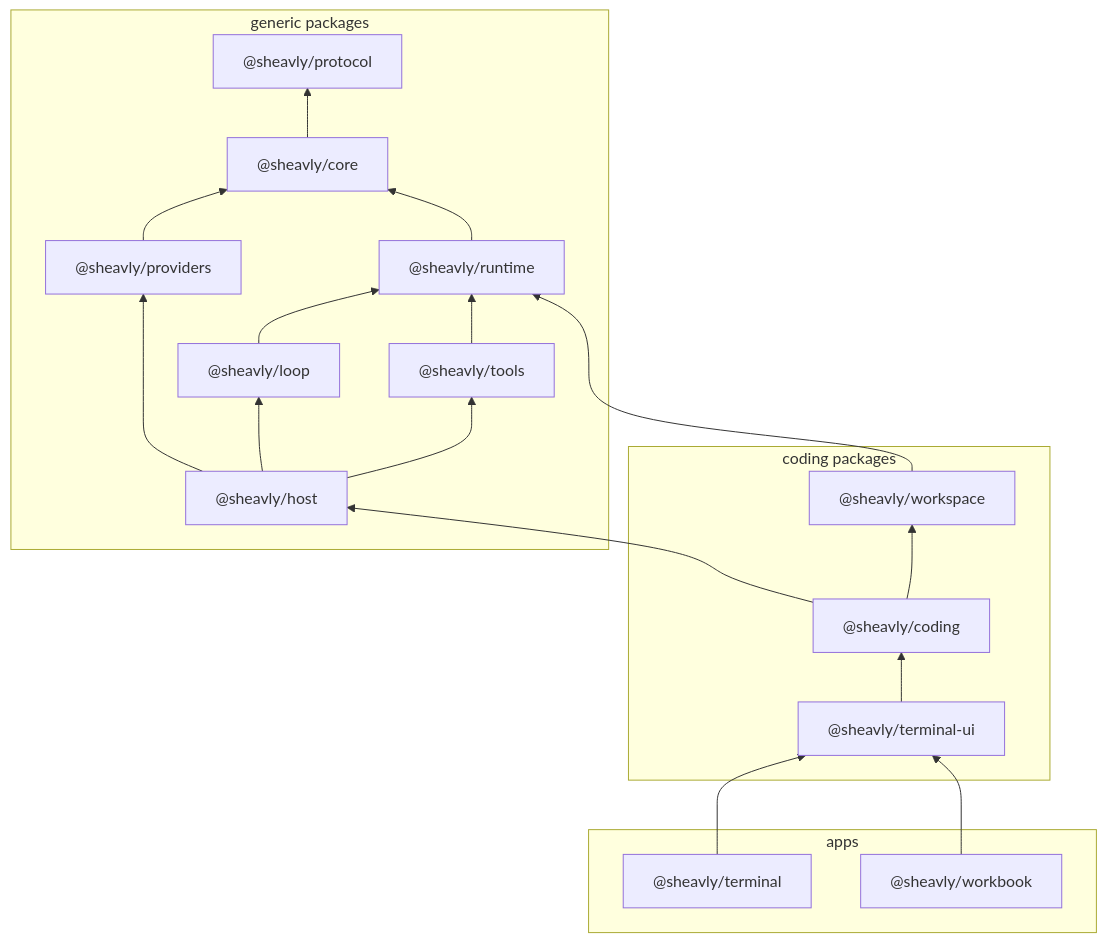
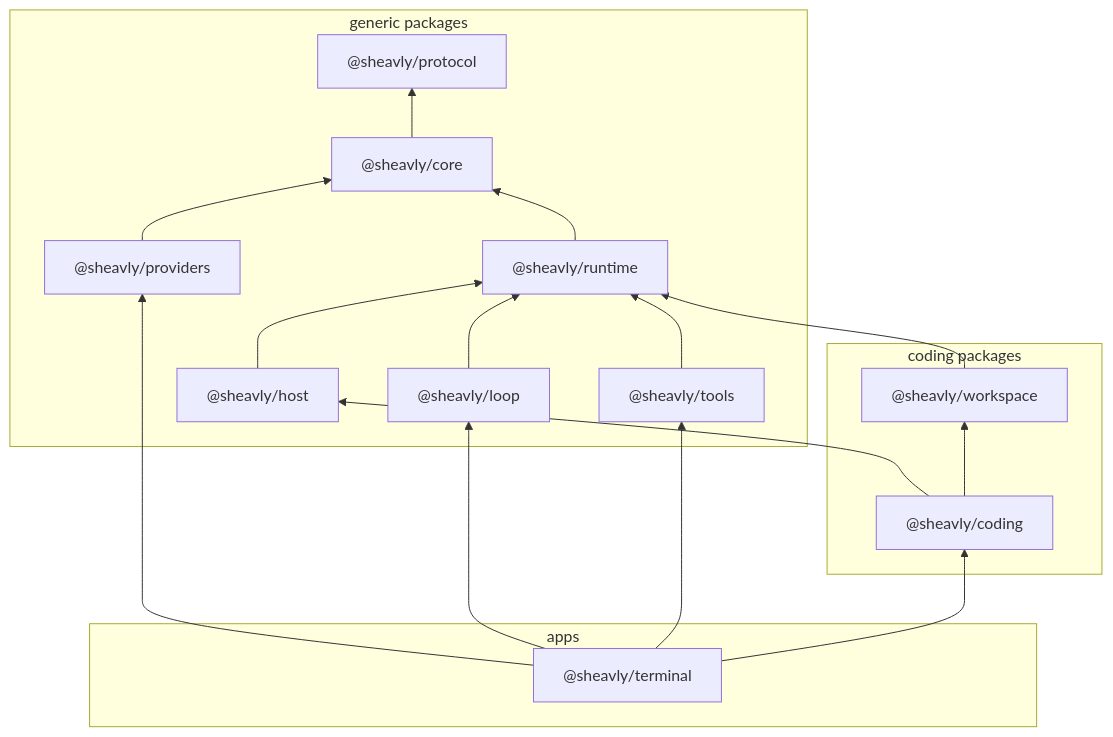
One commit to Sheavly/code changed the diagram in docs/overview.md. Above: the diagram before and after it, drawn with Mermaid. The commit also changed other lines of this file and 91 other files, not shown here.

````diff
--- a/docs/overview.md
+++ b/docs/overview.md
@@ -35,35 +35,32 @@
 ```mermaid
 flowchart BT
   subgraph group_generic ["generic packages"]
     core["@sheavly/core"]
     host["@sheavly/host"]
     loop["@sheavly/loop"]
     protocol["@sheavly/protocol"]
     providers["@sheavly/providers"]
     runtime["@sheavly/runtime"]
     tools["@sheavly/tools"]
   end
   subgraph group_coding ["coding packages"]
     coding["@sheavly/coding"]
-    terminal_ui["@sheavly/terminal-ui"]
     workspace["@sheavly/workspace"]
   end
   subgraph group_apps ["apps"]
     terminal["@sheavly/terminal"]
-    workbook["@sheavly/workbook"]
   end
   coding --> host
   coding --> workspace
   core --> protocol
-  host --> loop
-  host --> providers
-  host --> tools
+  host --> runtime
   loop --> runtime
   providers --> core
   runtime --> core
-  terminal --> terminal_ui
-  terminal_ui --> coding
+  terminal --> coding
+  terminal --> loop
+  terminal --> providers
+  terminal --> tools
   tools --> runtime
-  workbook --> terminal_ui
   workspace --> runtime
 ```
````
